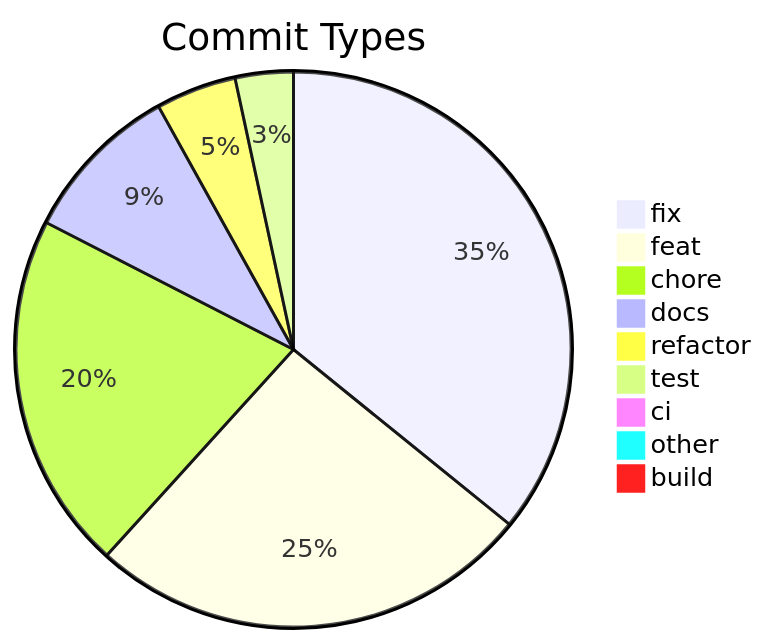
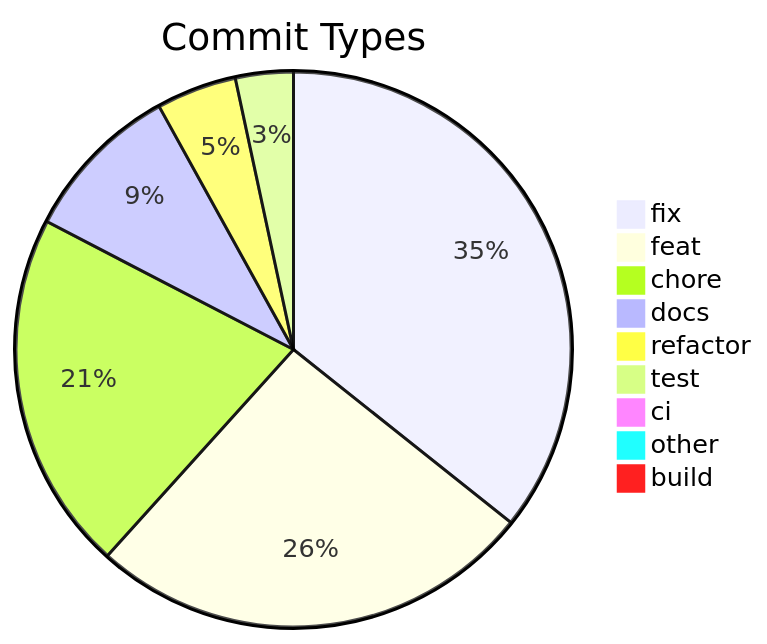
Before and after one commit to svenroth-ai/shipwright-webui: the diagram in .shipwright/compliance/change-history.md, drawn with Mermaid. The commit also changed other lines of this file and 14 other files, not shown here.

````diff
--- a/.shipwright/compliance/change-history.md
+++ b/.shipwright/compliance/change-history.md
@@ -8,12 +8,12 @@
 ```mermaid
 pie title Commit Types
     "fix" : 191
-    "feat" : 138
-    "chore" : 111
+    "feat" : 139
+    "chore" : 112
     "docs" : 50
     "refactor" : 25
     "test" : 18
     "ci" : 5
     "other" : 4
     "build" : 1
 ```
````
